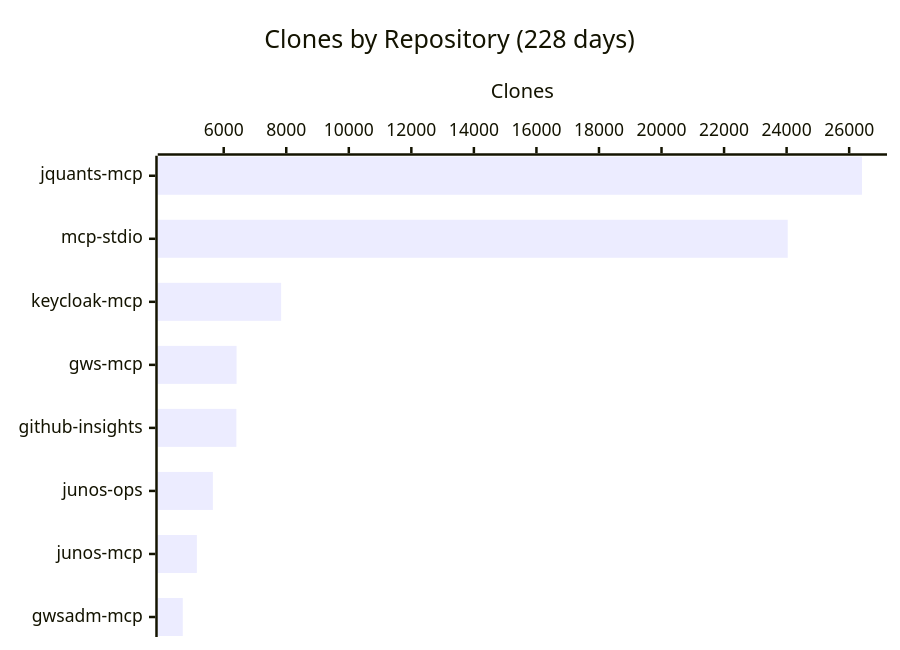
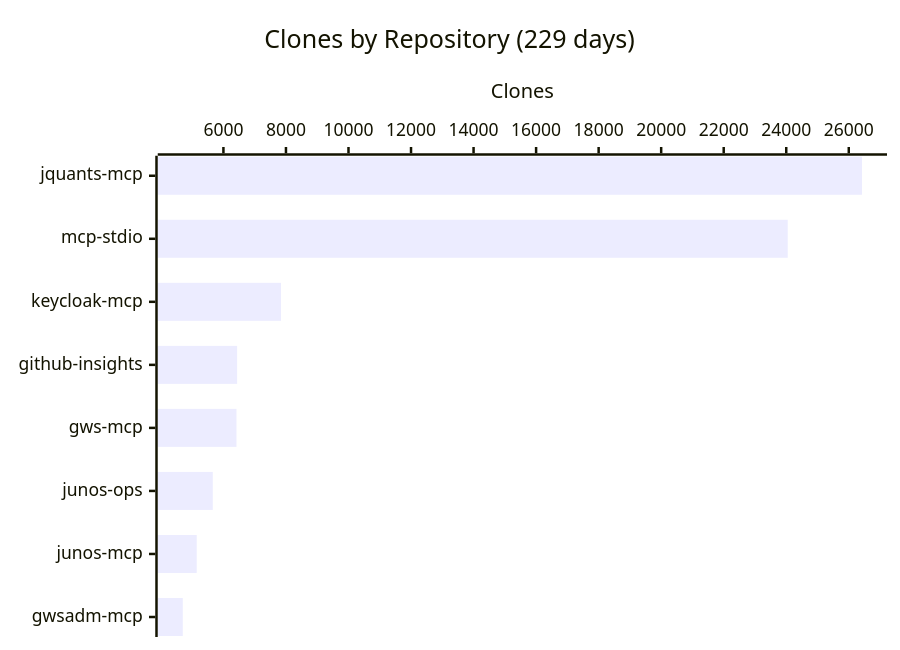
The fourth of 4 diagrams in README.md (shigechika/github-insights), drawn with Mermaid before and after one commit. The commit also changed other lines of this file and 1 other file, not shown here.

````diff
--- a/README.md
+++ b/README.md
@@ -58,7 +58,7 @@
 ```mermaid
 xychart-beta horizontal
-    title "Clones by Repository (228 days)"
-    x-axis ["jquants-mcp", "mcp-stdio", "keycloak-mcp", "gws-mcp", "github-insights", "junos-ops", "junos-mcp", "gwsadm-mcp"]
+    title "Clones by Repository (229 days)"
+    x-axis ["jquants-mcp", "mcp-stdio", "keycloak-mcp", "github-insights", "gws-mcp", "junos-ops", "junos-mcp", "gwsadm-mcp"]
     y-axis "Clones"
-    bar [26410, 24035, 7836, 6412, 6405, 5654, 5141, 4691]
+    bar [26422, 24047, 7842, 6438, 6418, 5659, 5146, 4700]
 ```
````
